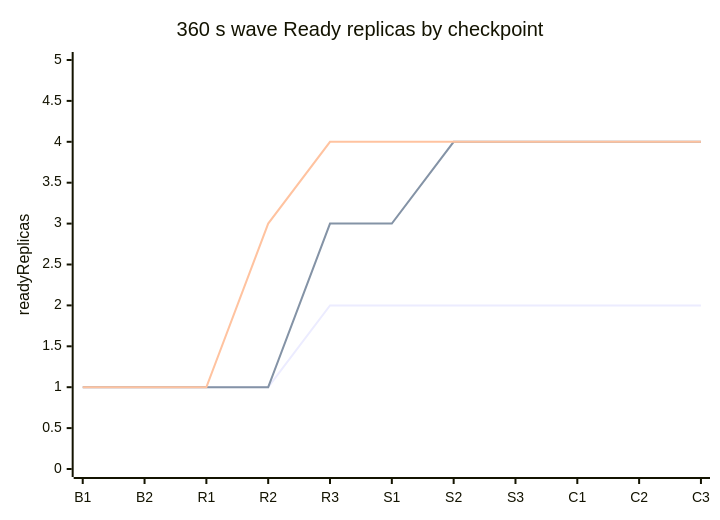
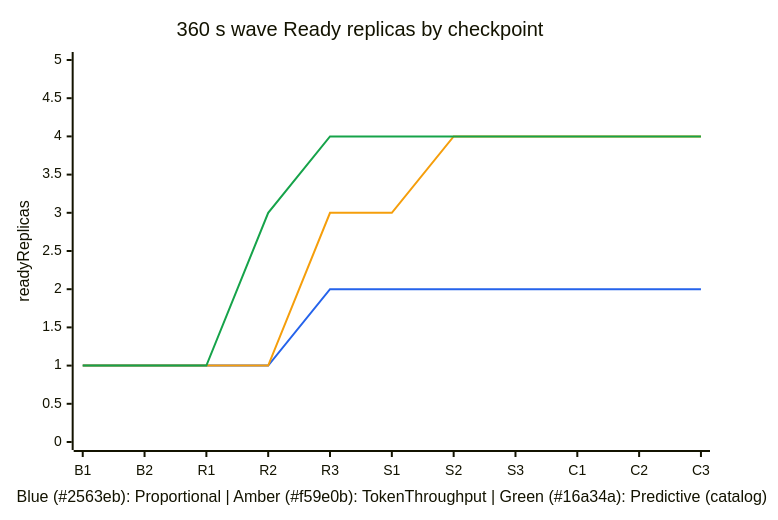
The eighth of 9 diagrams in docs/modules/model-deployment/scaling-benchmark.md (gpustack/gpustack-operator), drawn with Mermaid before and after one commit. The commit also changed other lines of this file, not shown here.

Commit message:
docs(scaling): add explicit plotColorPalette and color legends to xychart-beta diagrams

````diff
--- a/docs/modules/model-deployment/scaling-benchmark.md
+++ b/docs/modules/model-deployment/scaling-benchmark.md
@@ -395,9 +403,10 @@
 ```mermaid
+%%{init: {"themeVariables": {"xyChart": {"plotColorPalette": "#2563eb, #f59e0b, #16a34a"}}}}%%
 xychart-beta
     title "360 s wave Ready replicas by checkpoint"
-    x-axis ["B1", "B2", "R1", "R2", "R3", "S1", "S2", "S3", "C1", "C2", "C3"]
+    x-axis "Blue (#2563eb): Proportional | Amber (#f59e0b): TokenThroughput | Green (#16a34a): Predictive (catalog)" ["B1", "B2", "R1", "R2", "R3", "S1", "S2", "S3", "C1", "C2", "C3"]
     y-axis "readyReplicas" 0 --> 5
-    line [1, 1, 1, 1, 2, 2, 2, 2, 2, 2, 2]
-    line [1, 1, 1, 1, 3, 3, 4, 4, 4, 4, 4]
-    line [1, 1, 1, 3, 4, 4, 4, 4, 4, 4, 4]
+    line "Proportional" [1, 1, 1, 1, 2, 2, 2, 2, 2, 2, 2]
+    line "TokenThroughput" [1, 1, 1, 1, 3, 3, 4, 4, 4, 4, 4]
+    line "Predictive (catalog)" [1, 1, 1, 3, 4, 4, 4, 4, 4, 4, 4]
 ```
````
